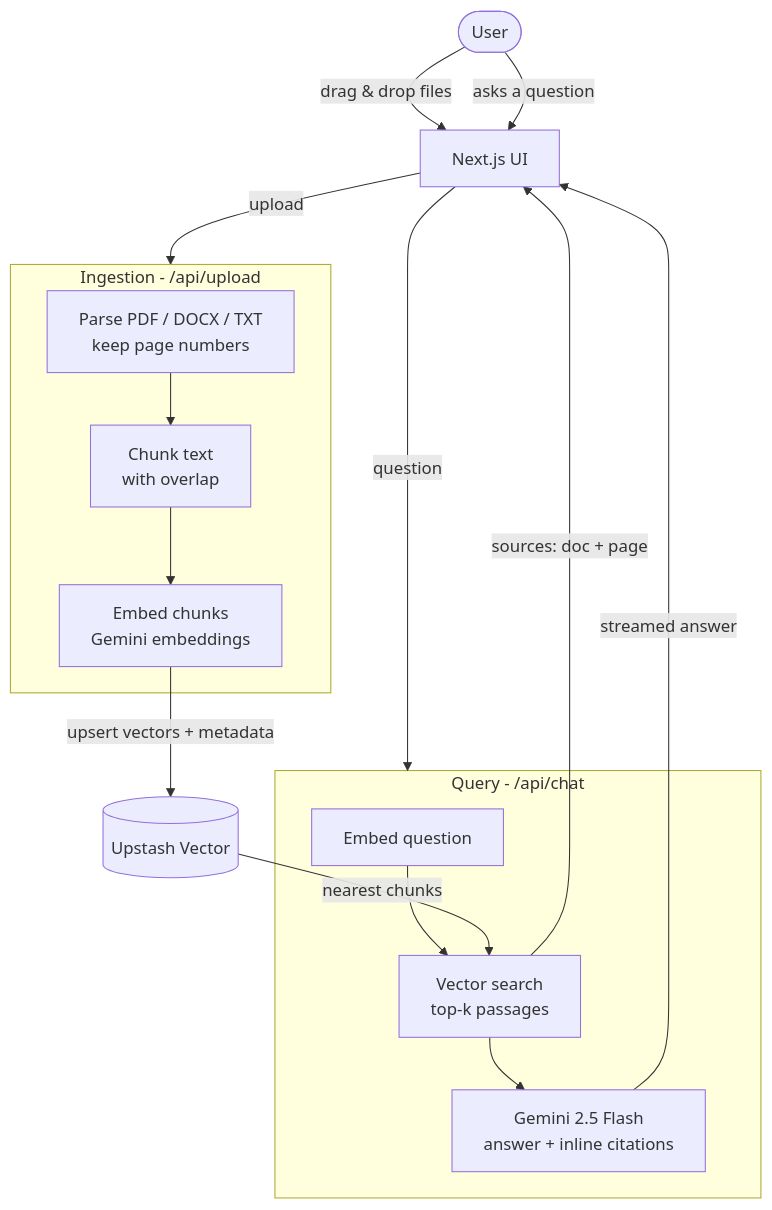
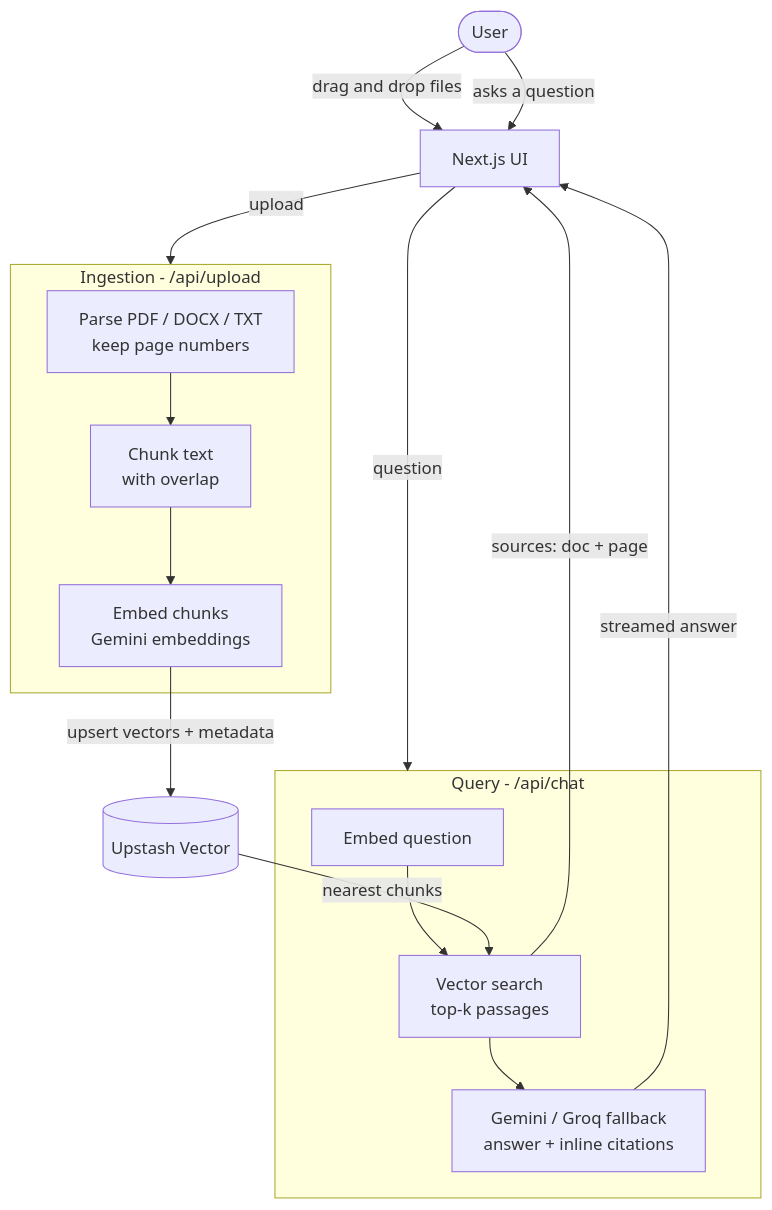
Before and after one commit to Roshaan-Ullah-Zaheer/chat-with-docs: the diagram in README.md, drawn with Mermaid. The commit also changed other lines of this file, not shown here.

Commit message:
Fix architecture diagram and align README with the fallback design

````diff
--- a/README.md
+++ b/README.md
@@ -52,22 +52,22 @@
 ```mermaid
 flowchart TD
-    U([User]) -->|drag & drop files| UI[Next.js UI]
+    U([User]) -->|drag and drop files| UI[Next.js UI]
     U -->|asks a question| UI
 
     subgraph Ingest["Ingestion  -  /api/upload"]
         P[Parse PDF / DOCX / TXT<br/>keep page numbers] --> C[Chunk text<br/>with overlap]
         C --> E1[Embed chunks<br/>Gemini embeddings]
     end
 
     subgraph Query["Query  -  /api/chat"]
         E2[Embed question] --> S[Vector search<br/>top-k passages]
-        S --> G[Gemini 2.5 Flash<br/>answer + inline citations]
+        S --> G[Gemini / Groq fallback<br/>answer + inline citations]
     end
 
     UI -->|upload| Ingest
     E1 -->|upsert vectors + metadata| VDB[(Upstash Vector)]
     UI -->|question| Query
     VDB -->|nearest chunks| S
     G -->|streamed answer| UI
     S -->|sources: doc + page| UI
 ```
````
